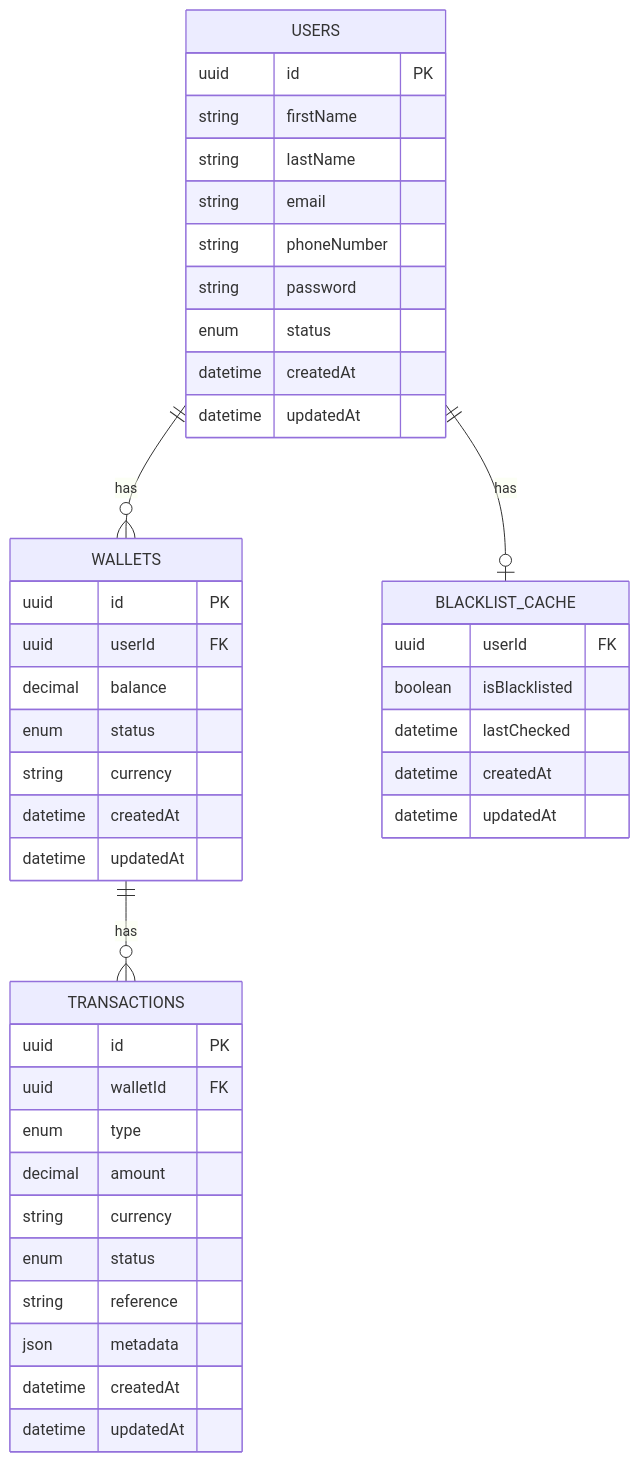
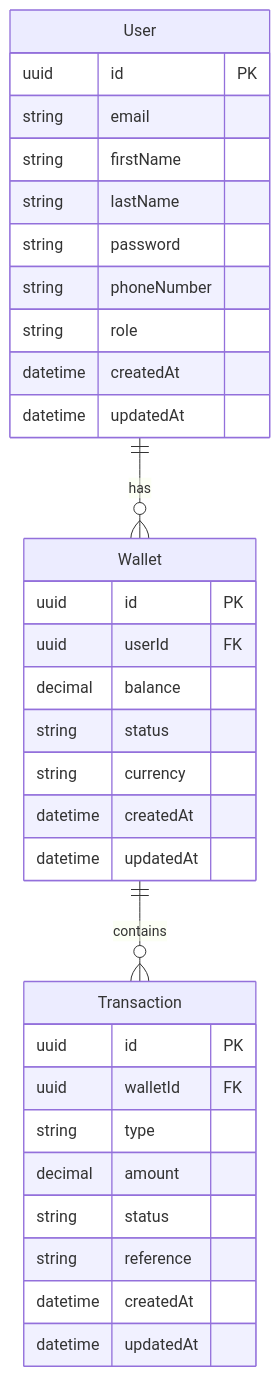
The diagram in README.md (el-collins/demo_wallet), drawn with Mermaid before and after one commit. The commit also changed other lines of this file and 29 other files, not shown here.

````diff
--- a/README.md
+++ b/README.md
@@ -35,49 +38,37 @@
 ```mermaid
 erDiagram
-    USERS ||--o{ WALLETS : has
-    USERS ||--o| BLACKLIST_CACHE : has
-    WALLETS ||--o{ TRANSACTIONS : has
-
-    USERS {
+    User ||--o{ Wallet : has
+    User {
         uuid id PK
+        string email
         string firstName
         string lastName
-        string email
+        string password
         string phoneNumber
-        string password
-        enum status
+        string role
         datetime createdAt
         datetime updatedAt
     }
-
-    WALLETS {
+    Wallet ||--o{ Transaction : contains
+    Wallet {
         uuid id PK
         uuid userId FK
         decimal balance
-        enum status
+        string status
         string currency
         datetime createdAt
         datetime updatedAt
     }
-
-    TRANSACTIONS {
+    Transaction {
         uuid id PK
         uuid walletId FK
-        enum type
+        string type
         decimal amount
-        string currency
-        enum status
+        string status
         string reference
-        json metadata
         datetime createdAt
-        datetime updatedAt
+         datetime updatedAt
     }
 
-    BLACKLIST_CACHE {
-        uuid userId FK
-        boolean isBlacklisted
-        datetime lastChecked
-        datetime createdAt
-        datetime updatedAt
-    }
+
 ```
````
